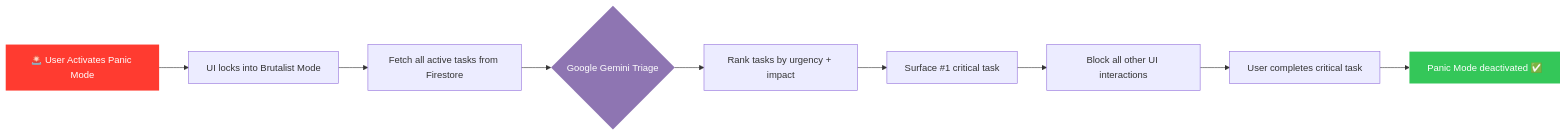
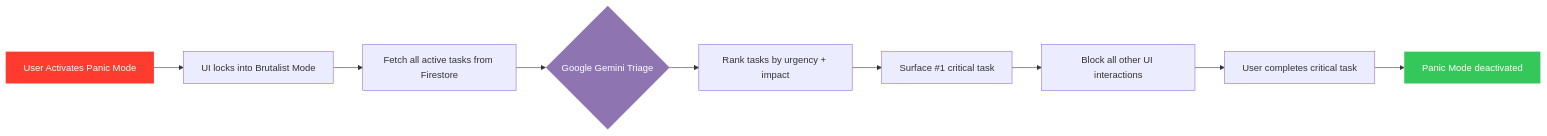
The third of 4 diagrams in README.md (bitmorphic/planic-ai), drawn with Mermaid before and after one commit. The commit also changed other lines of this file, not shown here.

````diff
--- a/README.md
+++ b/README.md
@@ -105,15 +105,15 @@
 ```mermaid
 flowchart LR
-    A[🚨 User Activates Panic Mode] --> B[UI locks into Brutalist Mode]
+    A[User Activates Panic Mode] --> B[UI locks into Brutalist Mode]
     B --> C[Fetch all active tasks from Firestore]
     C --> D{Google Gemini Triage}
     D --> E[Rank tasks by urgency + impact]
     E --> F[Surface #1 critical task]
     F --> G[Block all other UI interactions]
     G --> H[User completes critical task]
-    H --> I[Panic Mode deactivated ✅]
+    H --> I[Panic Mode deactivated ]
 
     style A fill:#FF3B30,color:#fff,stroke:none
     style D fill:#8E75B2,color:#fff,stroke:none
     style I fill:#34C759,color:#fff,stroke:none
 ```
````
